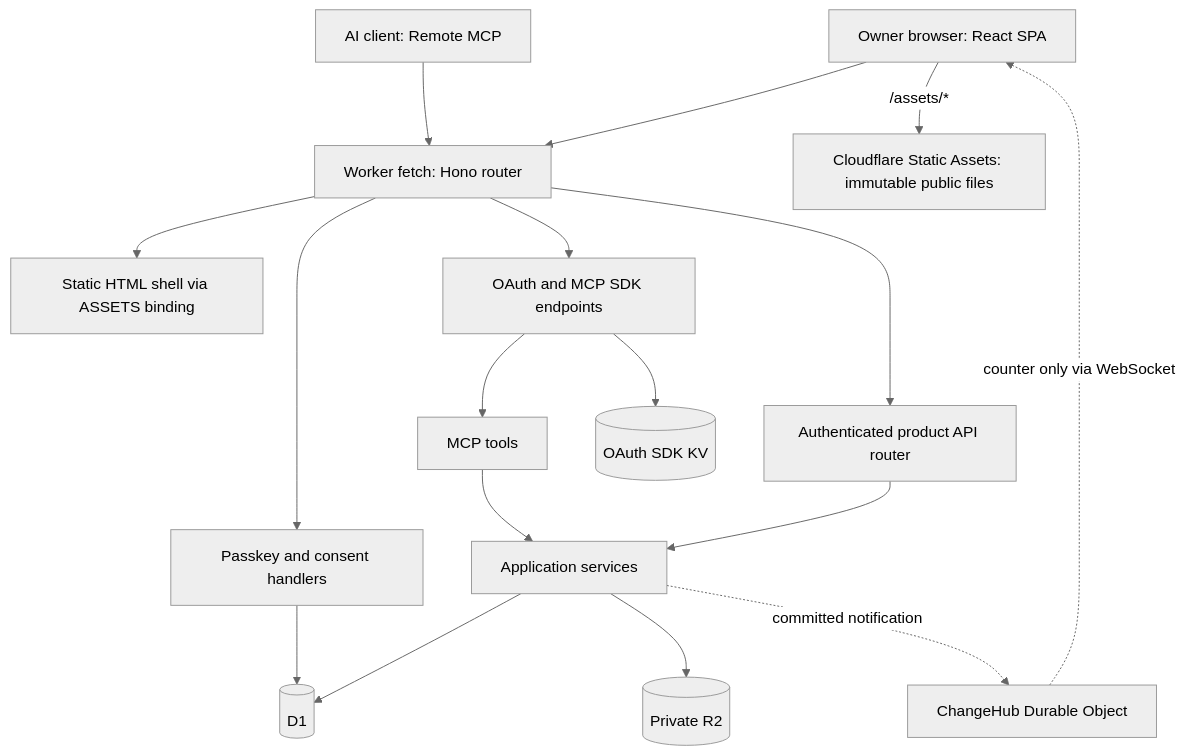
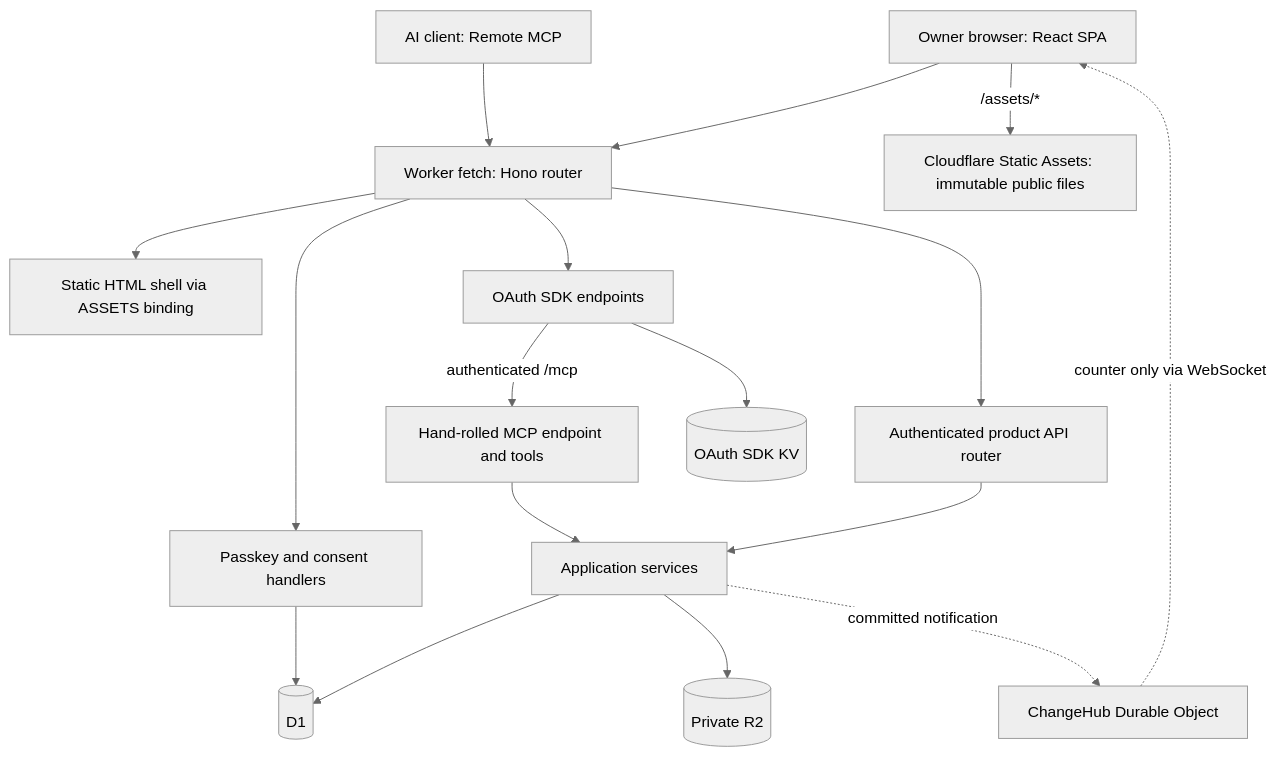
One commit to duanxianpi/InkLoop changed the first of 2 diagrams in docs/architecture.md. Above: the diagram before and after it, drawn with Mermaid (neutral theme). The commit also changed other lines of this file and 26 other files, not shown here.

First line of the commit message:
perf: replace MCP SDK with a stateless subset endpoint

````diff
--- a/docs/architecture.md
+++ b/docs/architecture.md
@@ -36,19 +36,19 @@
 ```mermaid
 flowchart TD
     Browser[Owner browser: React SPA] --> Hono[Worker fetch: Hono router]
     Browser -->|/assets/*| Static[Cloudflare Static Assets: immutable public files]
     Agent[AI client: Remote MCP] --> Hono
     Hono --> Assets[Static HTML shell via ASSETS binding]
     Hono --> Auth[Passkey and consent handlers]
-    Hono --> SDK[OAuth and MCP SDK endpoints]
+    Hono --> SDK[OAuth SDK endpoints]
     Hono --> Web[Authenticated product API router]
-    SDK --> MCP[MCP tools]
+    SDK -->|authenticated /mcp| MCP[Hand-rolled MCP endpoint and tools]
     Web --> Services[Application services]
     MCP --> Services
     Auth --> DB[(D1)]
     SDK --> KV[(OAuth SDK KV)]
     Services --> DB
     Services --> R2[(Private R2)]
     Services -. committed notification .-> Hub[ChangeHub Durable Object]
     Hub -. counter only via WebSocket .-> Browser
 ```
````
